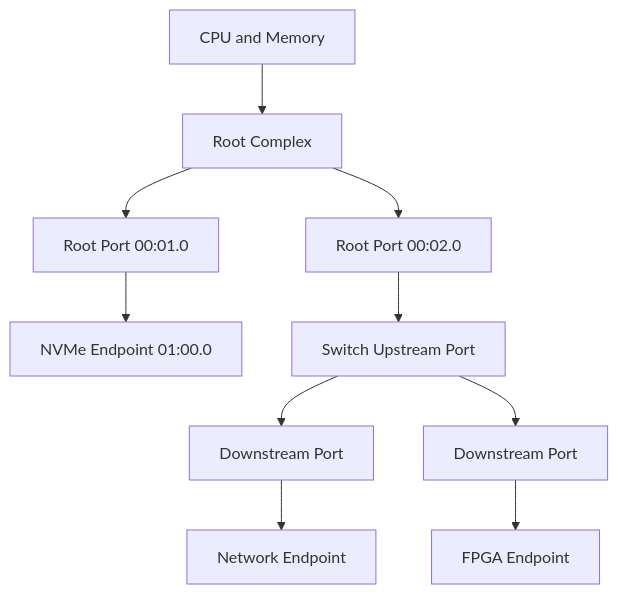
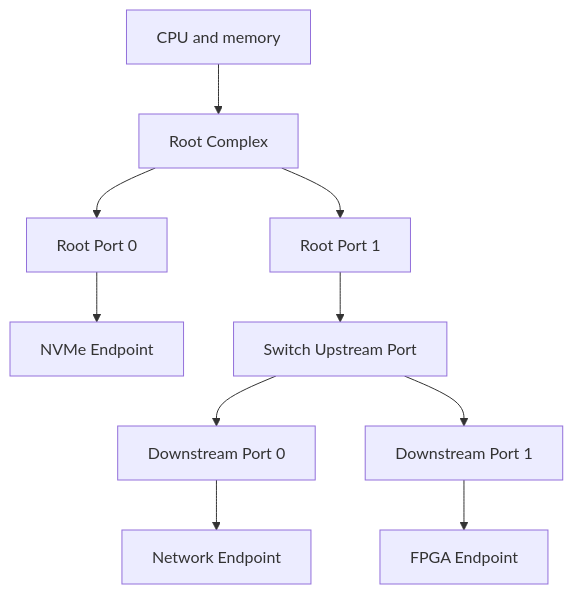
One commit to cdragon-ljl/EEandEdgeAI changed the first of 5 diagrams in docs/articles/pcie/pci-01-topology-link-tlp.md. Above: the diagram before and after it, drawn with Mermaid. The commit also changed other lines of this file and 24 other files, not shown here.

````diff
--- a/docs/articles/pcie/pci-01-topology-link-tlp.md
+++ b/docs/articles/pcie/pci-01-topology-link-tlp.md
@@ -56,12 +46,12 @@
 ```mermaid
 flowchart TD
-    CPU[CPU and Memory] --> RC[Root Complex]
-    RC --> RP0[Root Port 00:01.0]
-    RC --> RP1[Root Port 00:02.0]
-    RP0 --> NVME[NVMe Endpoint 01:00.0]
+    CPU[CPU and memory] --> RC[Root Complex]
+    RC --> RP0[Root Port 0]
+    RC --> RP1[Root Port 1]
+    RP0 --> NVME[NVMe Endpoint]
     RP1 --> SWU[Switch Upstream Port]
-    SWU --> SWD0[Downstream Port]
-    SWU --> SWD1[Downstream Port]
+    SWU --> SWD0[Downstream Port 0]
+    SWU --> SWD1[Downstream Port 1]
     SWD0 --> NIC[Network Endpoint]
     SWD1 --> FPGA[FPGA Endpoint]
 ```
````
